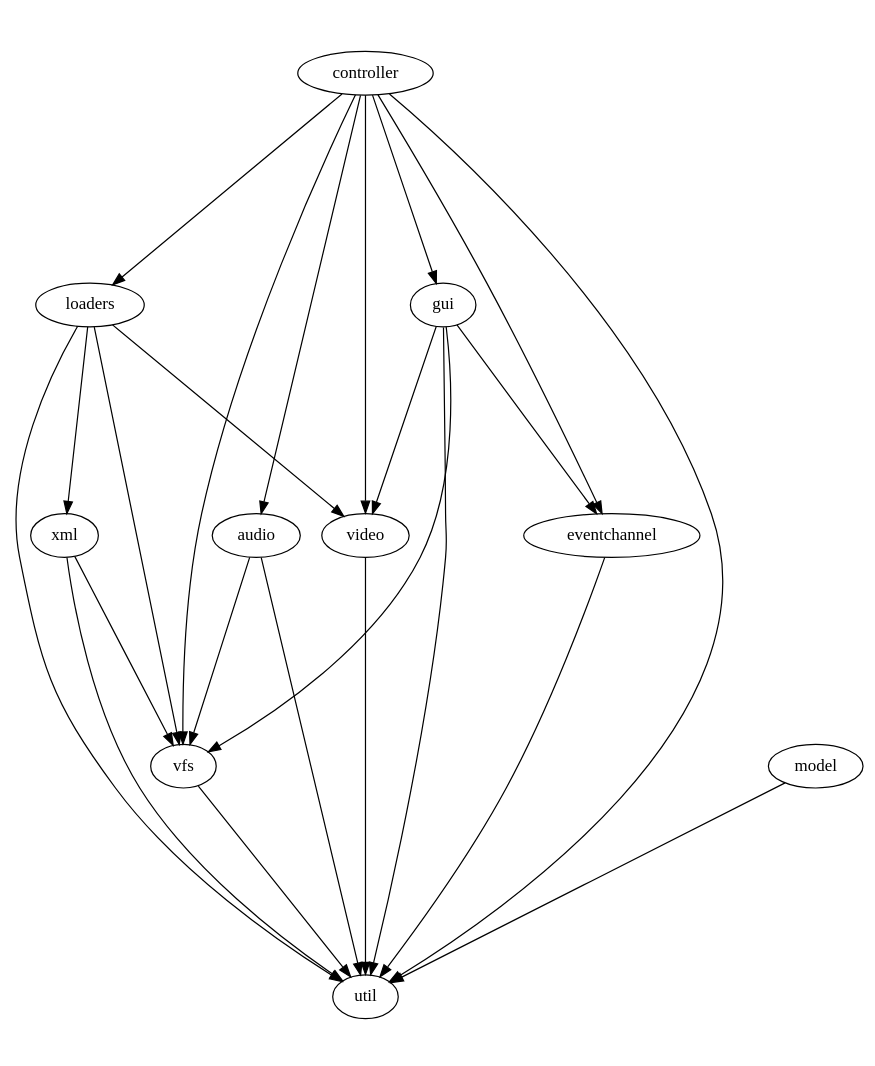
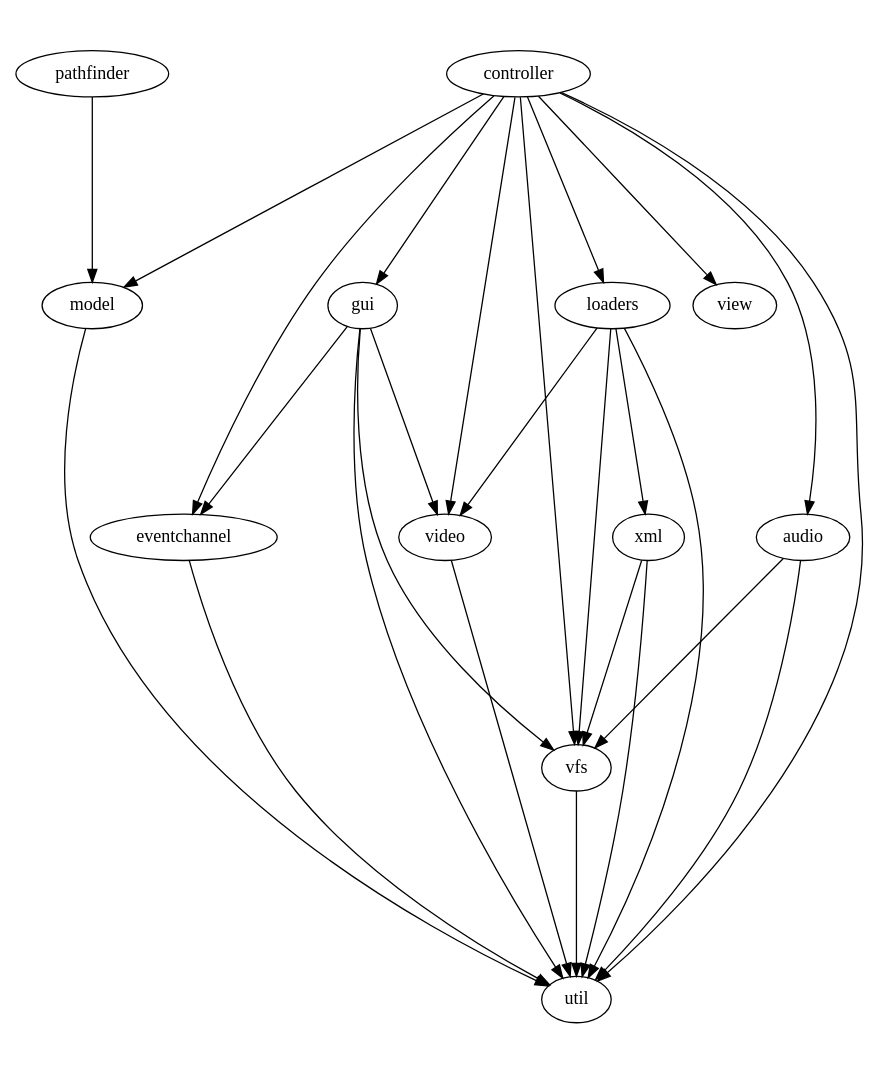
Before and after one commit to fifengine/fifengine: the diagram in doc/dependencies/moduledeps.dot, drawn with Graphviz. The commit also changed 6 other files, not shown here.

```diff
--- a/doc/dependencies/moduledeps.dot
+++ b/doc/dependencies/moduledeps.dot
@@ -1,31 +1,34 @@
 digraph "source tree" {
     overlap=scale;
     size="8,10";
     ratio="fill";
     fontsize="16";
     fontname="Helvetica";
     clusterrank="local";
     "xml" -> "util"
     "xml" -> "vfs"
+    "pathfinder" -> "model"
     "gui" -> "util"
     "gui" -> "vfs"
     "gui" -> "video"
     "gui" -> "eventchannel"
     "eventchannel" -> "util"
     "loaders" -> "util"
     "loaders" -> "video"
     "loaders" -> "vfs"
     "loaders" -> "xml"
     "controller" -> "gui"
     "controller" -> "eventchannel"
     "controller" -> "loaders"
     "controller" -> "util"
     "controller" -> "video"
+    "controller" -> "model"
     "controller" -> "audio"
     "controller" -> "vfs"
+    "controller" -> "view"
     "video" -> "util"
     "model" -> "util"
     "audio" -> "util"
     "audio" -> "vfs"
     "vfs" -> "util"
 }
```
